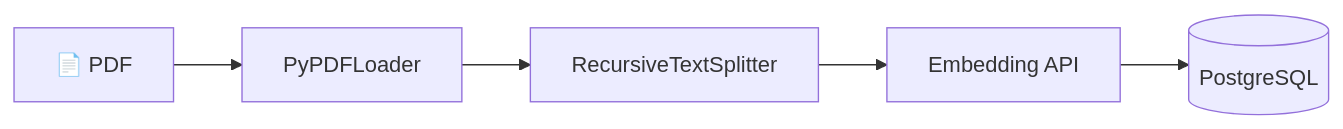
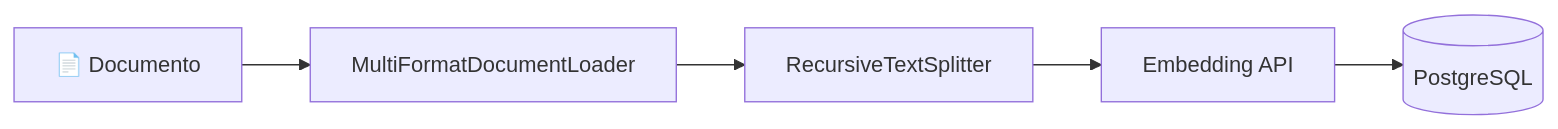
Before and after one commit to elimarcavalli/mba-ia-desafio-ingestao-busca: the first of 2 diagrams in docs/pt-BR/2-RAG-PIPELINE-pt-BR.md, drawn with Mermaid. The commit also changed other lines of this file and 8 other files, not shown here.

First line of the commit message:
docs: sync README and architecture docs with current project state

````diff
--- a/docs/pt-BR/2-RAG-PIPELINE-pt-BR.md
+++ b/docs/pt-BR/2-RAG-PIPELINE-pt-BR.md
@@ -13,7 +13,7 @@
 ```mermaid
 graph LR
-    PDF[📄 PDF] --> Loader[PyPDFLoader]
+    Doc[📄 Documento] --> Loader[MultiFormatDocumentLoader]
     Loader --> Splitter[RecursiveTextSplitter]
     Splitter --> Embedder[Embedding API]
     Embedder --> DB[(PostgreSQL)]
 ```
````
